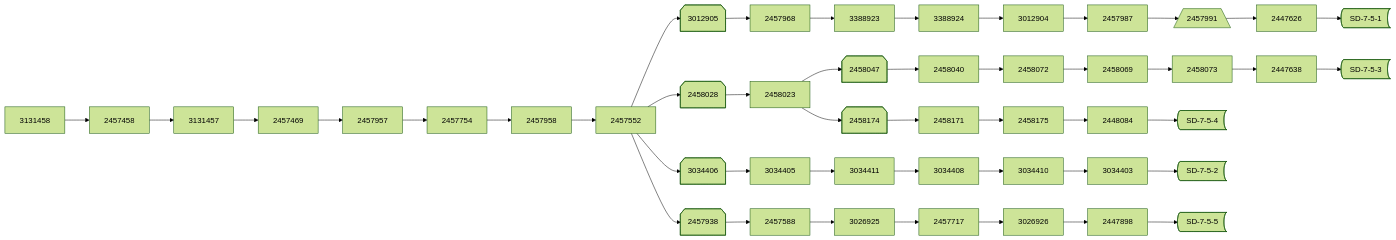
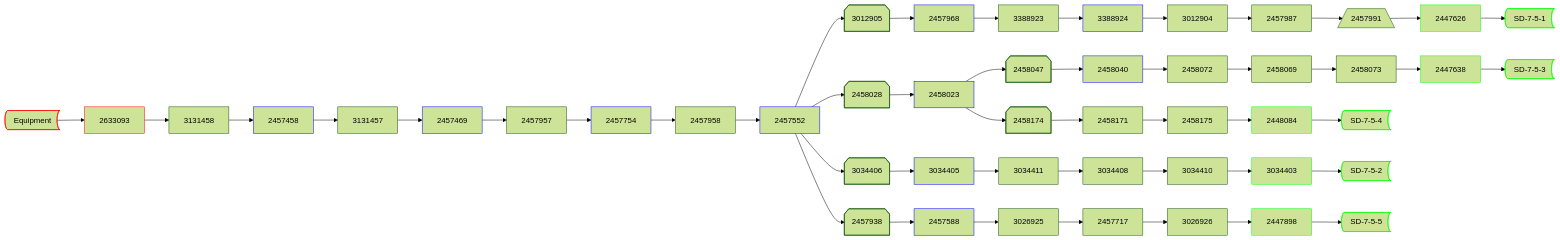
One commit to kyleguggy13/FFE-pyRevit changed the diagram in FFE-pyRevit.extension/FFE-pyRevit.tab/BetaTools.panel/DuctNetwork.pushbutton/flowchart_DuctNetwork_ElementIds.mmd. Above: the diagram before and after it, drawn with Mermaid (forest theme).

Commit message:
Refactor flowchart connections and update terminal shapes

```diff
--- a/FFE-pyRevit.extension/FFE-pyRevit.tab/BetaTools.panel/DuctNetwork.pushbutton/flowchart_DuctNetwork_ElementIds.mmd
+++ b/FFE-pyRevit.extension/FFE-pyRevit.tab/BetaTools.panel/DuctNetwork.pushbutton/flowchart_DuctNetwork_ElementIds.mmd
@@ -1,123 +1,157 @@
 flowchart LR
+
+
+2447626 --> SD-7-5-1:::terminal@{ shape: bow-rect }
+3034403 --> SD-7-5-2:::terminal@{ shape: bow-rect }
+2447638 --> SD-7-5-3:::terminal@{ shape: bow-rect }
+2448084 --> SD-7-5-4:::terminal@{ shape: bow-rect }
+2447898 --> SD-7-5-5:::terminal@{ shape: bow-rect }
+
+Equipment:::equip@{ shape: bow-rect } --> 2633093
+
+
+3388924:::duct
+2457968:::duct
+3034403:::terminal
+2633093:::equip
+2447626:::terminal
+2457458:::duct
+2457552:::duct
+2457469:::duct
+2457754:::duct
+2447638:::terminal
+2458040:::duct
+2458023:::duct
+2447898:::terminal
+2457588:::duct
+2448084:::terminal
+3034405:::duct
+
+
+classDef equip stroke:#f00
+classDef terminal stroke:#0f0
+classDef duct stroke:#00f
+
+
+
 
 2447626
 2447638
 2447898
 2448084
 2457458
 2457469
 2457552
 2457588
 2457717
 2457754
 2457938@{ shape: notch-pent }
 2457957
 2457958
 2457968
 2457987
 2457991@{ shape: trap-b}
 2458023
 2458028@{ shape: notch-pent }
 2458040
 2458047@{ shape: notch-pent }
 2458069
 2458072
 2458073
 2458171
 2458174@{ shape: notch-pent }
 2458175
 3012904
 3012905@{ shape: notch-pent }
 3026925
 3026926
 3034403
 3034405
 3034406@{ shape: notch-pent }
 3034408
 3034410
 3034411
 3131457
 3131458
 3388923
 3388924
 
-
-
+2633093 --> 3131458
 
 3131458 --> 2457458
 
 2457458 --> 3131457
 
 3131457 --> 2457469
 
 2457469 --> 2457957
 
 2457957 --> 2457754
 
 2457754 --> 2457958
 
 2457958 --> 2457552
 
 2457552 --> 3012905
 
 3012905 --> 2457968
 
 2457968 --> 3388923
 
 3388923 --> 3388924
 
 3388924 --> 3012904
 
 3012904 --> 2457987
 
 2457987 --> 2457991
 
-2457991 --> 2447626 --> SD-7-5-1@{ shape: bow-rect }
+2457991 --> 2447626
 
 2457552 --> 2458028
 
 2458028 --> 2458023
 
 2458023 --> 2458047
 
 2458047 --> 2458040
 
 2458040 --> 2458072
 
 2458072 --> 2458069
 
 2458069 --> 2458073
 
-2458073 --> 2447638 --> SD-7-5-3@{ shape: bow-rect }
+2458073 --> 2447638
 
 2458023 --> 2458174
 
 2458174 --> 2458171
 
 2458171 --> 2458175
 
-2458175 --> 2448084 --> SD-7-5-4@{ shape: bow-rect }
+2458175 --> 2448084
 
 2457552 --> 3034406
 
 3034406 --> 3034405
 
 3034405 --> 3034411
 
 3034411 --> 3034408
 
 3034408 --> 3034410
 
-3034410 --> 3034403 --> SD-7-5-2@{ shape: bow-rect }
+3034410 --> 3034403
 
 2457552 --> 2457938
 
 2457938 --> 2457588
 
 2457588 --> 3026925
 
 3026925 --> 2457717
 
 2457717 --> 3026926
 
-3026926 --> 2447898 --> SD-7-5-5@{ shape: bow-rect }
+3026926 --> 2447898
```
